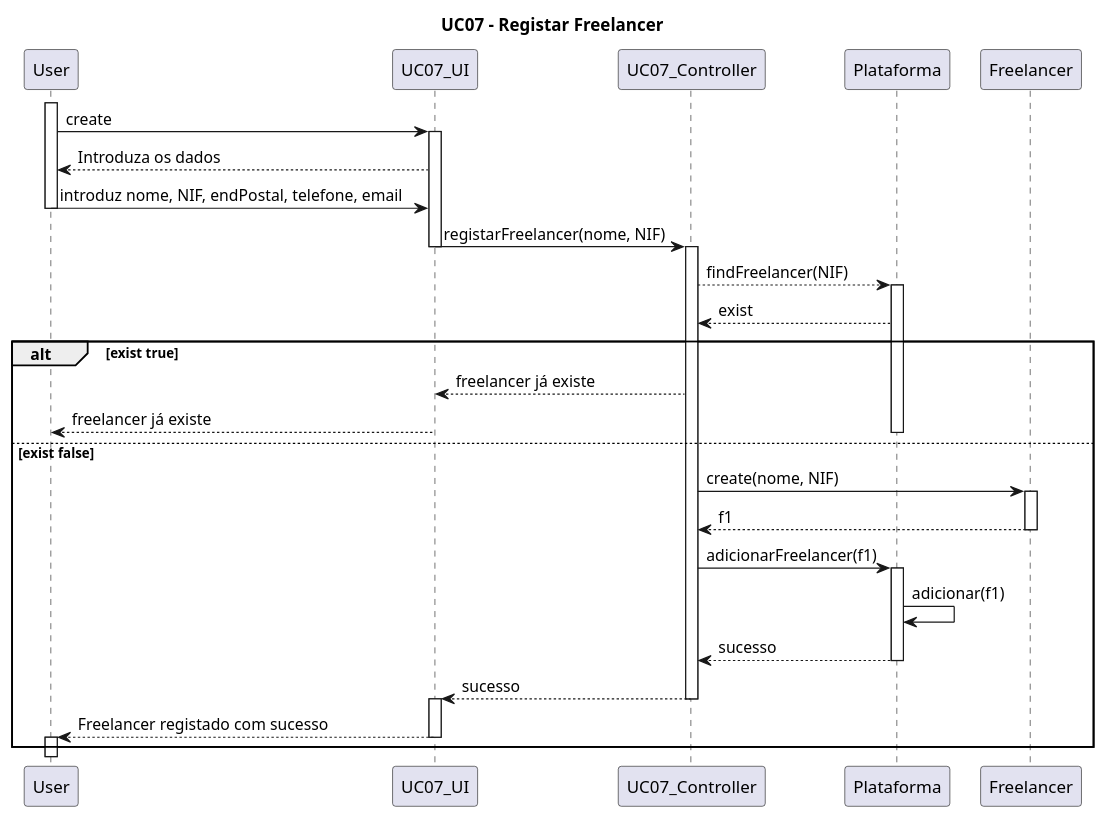
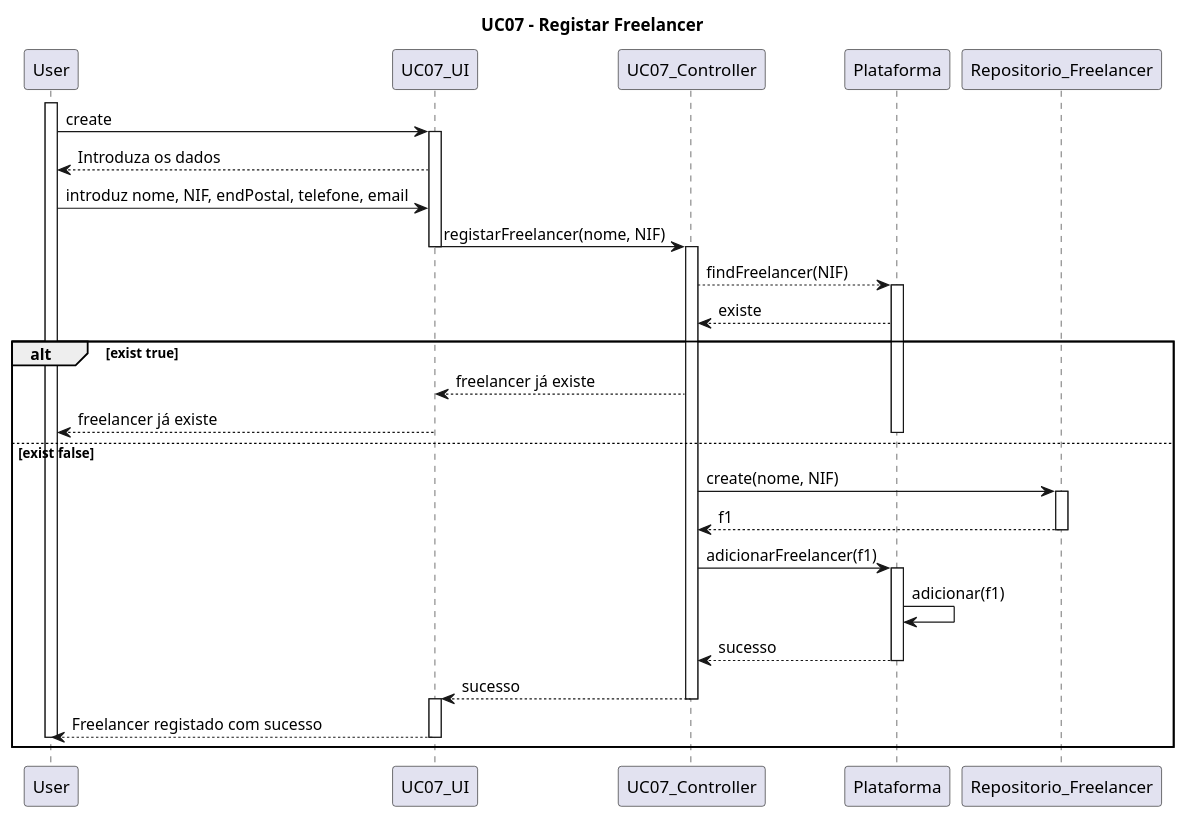
One commit to blestonbandeiraUPSKILL/upskill_java1_labprg_grupo2 changed the diagram in Documentação/Sprint 3/UC07_Registar_Freelancer/UC07_Registar_Freelancer_Diagrama_Sequencia.puml. Above: the diagram before and after it, drawn with PlantUML.

```diff
--- a/Documentação/Sprint 3/UC07_Registar_Freelancer/UC07_Registar_Freelancer_Diagrama_Sequencia.puml
+++ b/Documentação/Sprint 3/UC07_Registar_Freelancer/UC07_Registar_Freelancer_Diagrama_Sequencia.puml
@@ -1,42 +1,35 @@
 @startuml
-
 title UC07 - Registar Freelancer
-
 activate User
 User->UC07_UI:create
 activate UC07_UI
 UC07_UI-->User:Introduza os dados
 User->UC07_UI:introduz nome, NIF, endPostal, telefone, email
-deactivate User
-
 UC07_UI->UC07_Controller:registarFreelancer(nome, NIF)
 deactivate UC07_UI
 activate UC07_Controller
 UC07_Controller-->Plataforma:findFreelancer(NIF)
 activate Plataforma
-Plataforma-->UC07_Controller: exist
+Plataforma-->UC07_Controller: existe
 alt exist true
 UC07_Controller--> UC07_UI: freelancer já existe
 UC07_UI -->User: freelancer já existe
 else exist false
 deactivate Plataforma
-UC07_Controller->Freelancer: create(nome, NIF)
-activate Freelancer
-Freelancer-->UC07_Controller:f1
-deactivate Freelancer
+UC07_Controller->Repositorio_Freelancer: create(nome, NIF)
+activate Repositorio_Freelancer
+Repositorio_Freelancer-->UC07_Controller:f1
+deactivate Repositorio_Freelancer
 UC07_Controller ->Plataforma:adicionarFreelancer(f1)
 activate Plataforma
 Plataforma->Plataforma:adicionar(f1)
 Plataforma-->UC07_Controller:sucesso
 deactivate Plataforma
 UC07_Controller -->UC07_UI:sucesso
 deactivate UC07_Controller
 activate UC07_UI
 UC07_UI-->User:Freelancer registado com sucesso
 deactivate UC07_UI
-activate User
 deactivate User
 end
-
-
 @enduml
```
